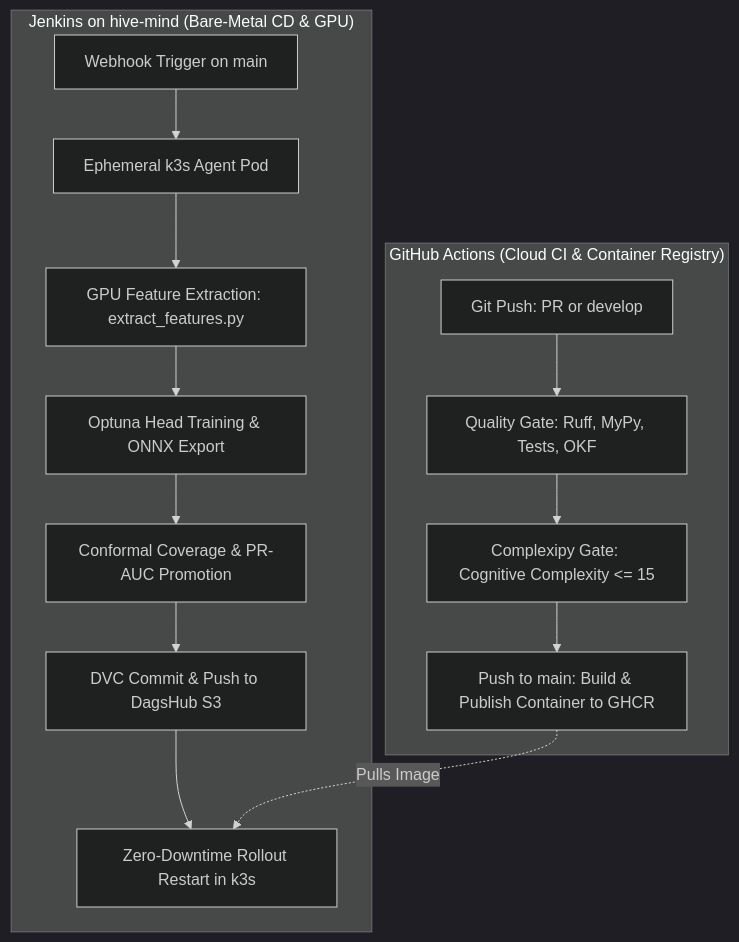
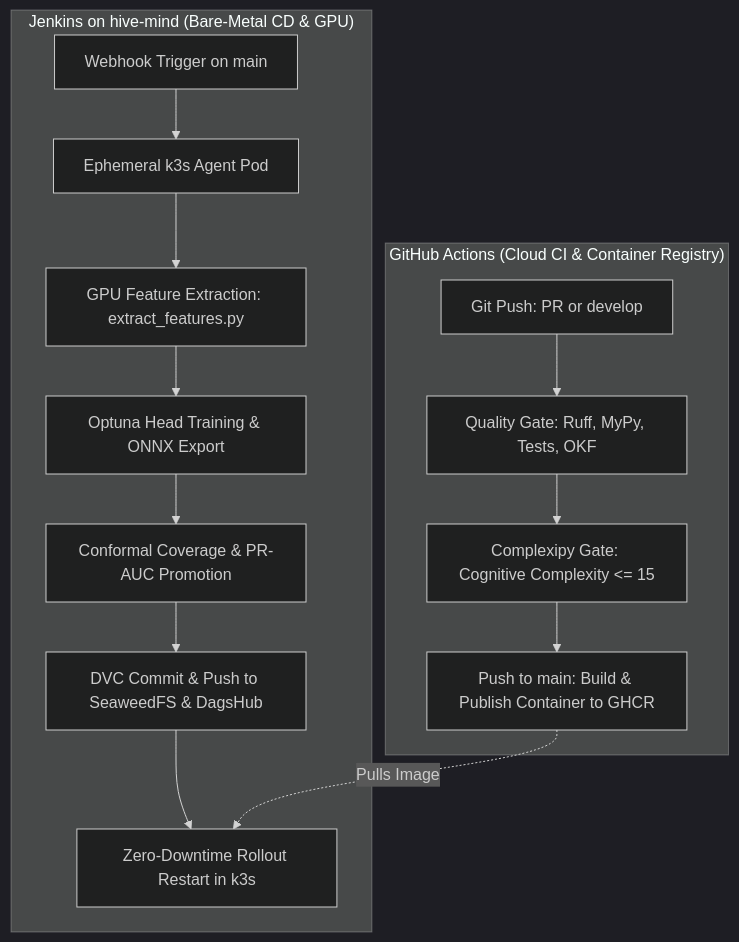
One commit to foersben/taxon-vision-mlops changed the second of 2 diagrams in docs/mlops_pipeline/dual_pipeline_architecture.md. Above: the diagram before and after it, drawn with Mermaid (dark theme). The commit also changed other lines of this file and 15 other files, not shown here.

````diff
--- a/docs/mlops_pipeline/dual_pipeline_architecture.md
+++ b/docs/mlops_pipeline/dual_pipeline_architecture.md
@@ -70,19 +105,19 @@
 ```mermaid
 flowchart TD
     subgraph GHA["GitHub Actions (Cloud CI & Container Registry)"]
         G1["Git Push: PR or develop"] --> G2["Quality Gate: Ruff, MyPy, Tests, OKF"]
         G2 --> G3["Complexipy Gate: Cognitive Complexity <= 15"]
         G3 --> G4["Push to main: Build & Publish Container to GHCR"]
     end
 
     subgraph Jenkins["Jenkins on hive-mind (Bare-Metal CD & GPU)"]
         J1["Webhook Trigger on main"] --> J2["Ephemeral k3s Agent Pod"]
         J2 --> J3["GPU Feature Extraction: extract_features.py"]
         J3 --> J4["Optuna Head Training & ONNX Export"]
         J4 --> J5["Conformal Coverage & PR-AUC Promotion"]
-        J5 --> J6["DVC Commit & Push to DagsHub S3"]
+        J5 --> J6["DVC Commit & Push to SeaweedFS & DagsHub"]
         J6 --> J7["Zero-Downtime Rollout Restart in k3s"]
     end
 
     G4 -.->|Pulls Image| J7
 ```
````
